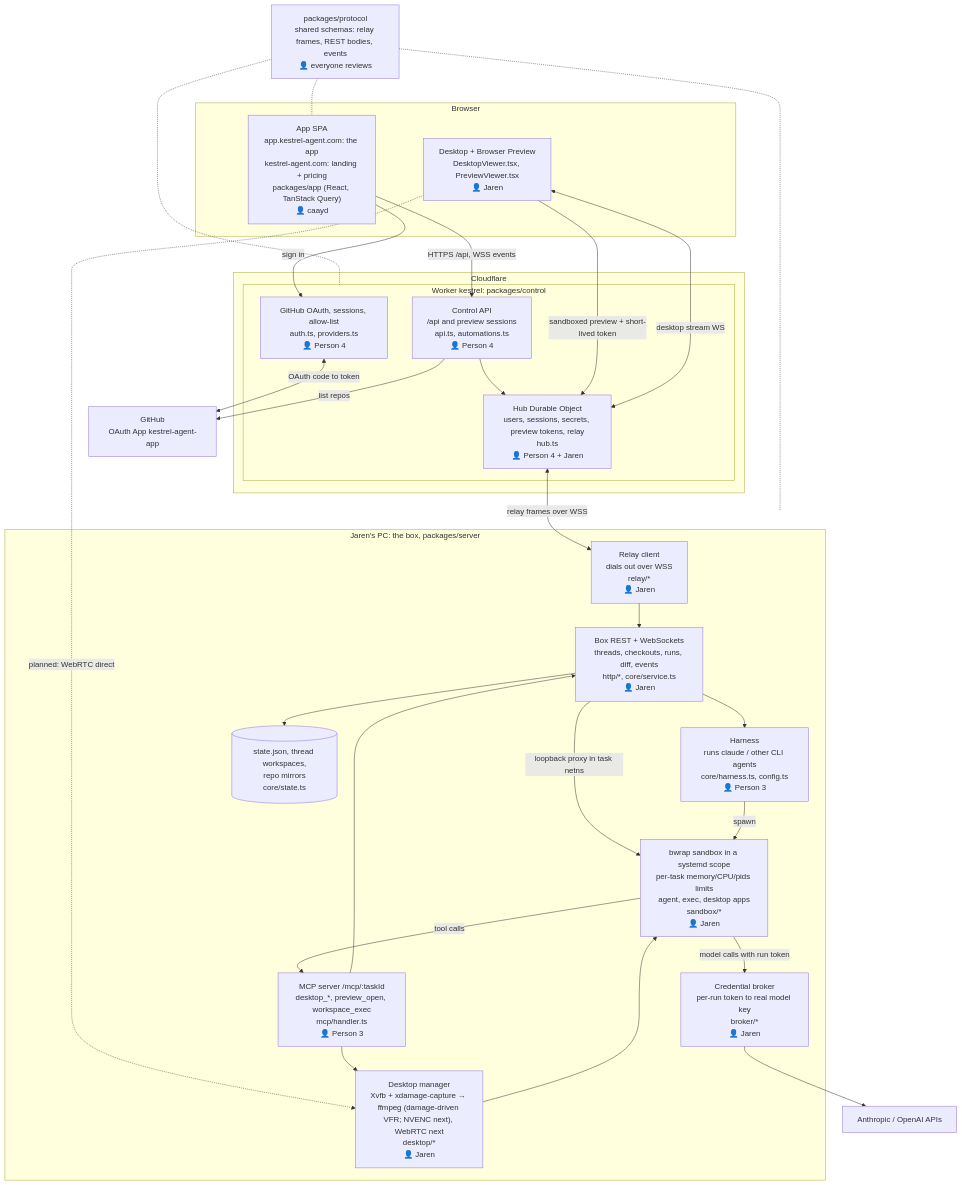
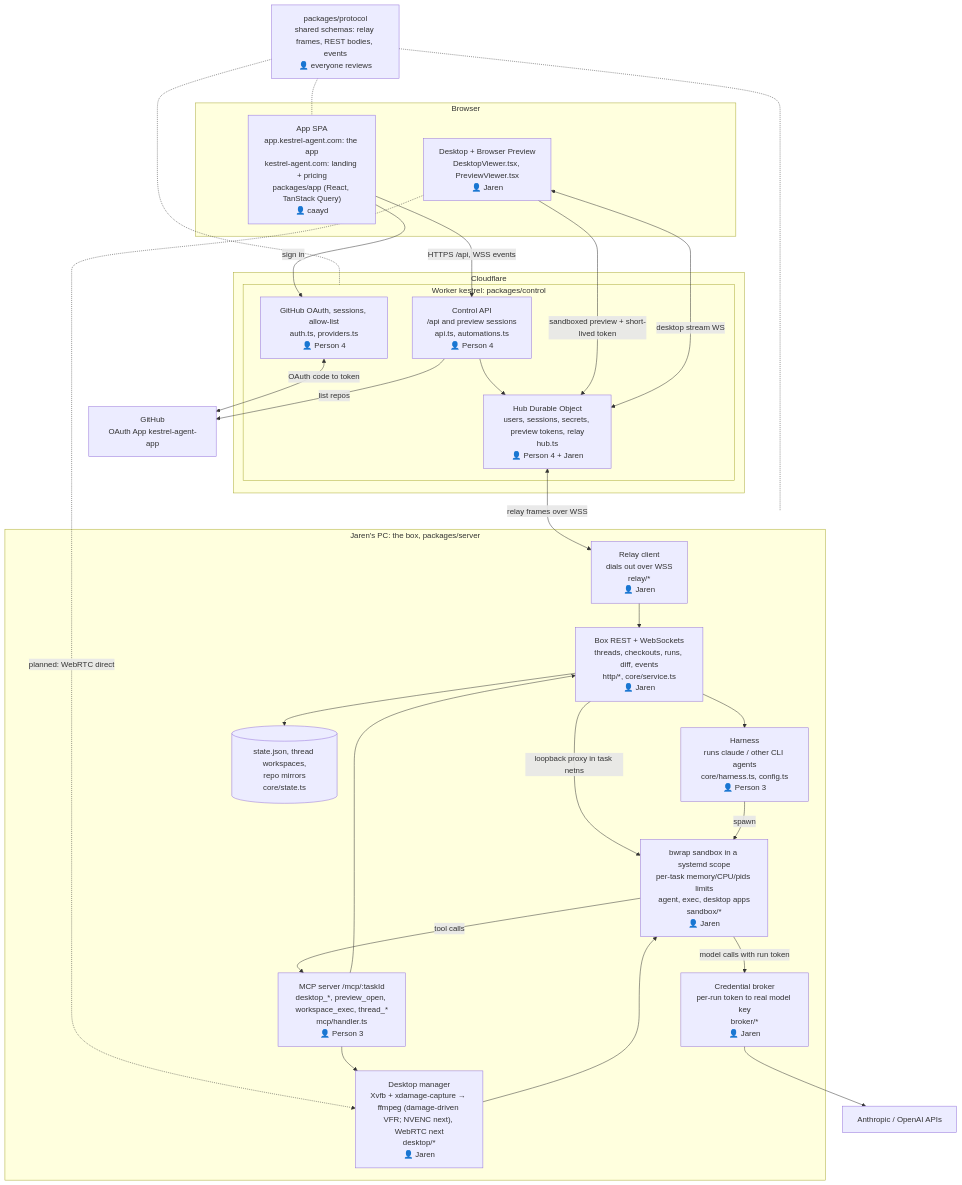
The diagram in docs/architecture.md (jarenm1/kestrel), drawn with Mermaid before and after one commit. The commit also changed other lines of this file and 12 other files, not shown here.

````diff
--- a/docs/architecture.md
+++ b/docs/architecture.md
@@ -3,56 +3,56 @@
 ```mermaid
 flowchart TB
   subgraph Browser["Browser"]
     APP["App SPA<br/>app.kestrel-agent.com: the app<br/>kestrel-agent.com: landing + pricing<br/>packages/app (React, TanStack Query)<br/>👤 caayd"]
     VIEW["Desktop + Browser Preview<br/>DesktopViewer.tsx, PreviewViewer.tsx<br/>👤 Jaren"]
   end
 
   subgraph CF["Cloudflare"]
     subgraph CTRL["Worker kestrel: packages/control"]
       AUTH["GitHub OAuth, sessions, allow-list<br/>auth.ts, providers.ts<br/>👤 Person 4"]
       API["Control API<br/>/api and preview sessions<br/>api.ts, automations.ts<br/>👤 Person 4"]
       HUB["Hub Durable Object<br/>users, sessions, secrets, preview tokens, relay<br/>hub.ts<br/>👤 Person 4 + Jaren"]
     end
   end
 
   GH["GitHub<br/>OAuth App kestrel-agent-app"]
 
   subgraph PC["Jaren's PC: the box, packages/server"]
     RELAY["Relay client<br/>dials out over WSS<br/>relay/*<br/>👤 Jaren"]
     REST["Box REST + WebSockets<br/>threads, checkouts, runs, diff, events<br/>http/*, core/service.ts<br/>👤 Jaren"]
     HARN["Harness<br/>runs claude / other CLI agents<br/>core/harness.ts, config.ts<br/>👤 Person 3"]
-    MCP["MCP server /mcp/:taskId<br/>desktop_*, preview_open, workspace_exec<br/>mcp/handler.ts<br/>👤 Person 3"]
+    MCP["MCP server /mcp/:taskId<br/>desktop_*, preview_open, workspace_exec, thread_*<br/>mcp/handler.ts<br/>👤 Person 3"]
     BROKER["Credential broker<br/>per-run token to real model key<br/>broker/*<br/>👤 Jaren"]
     SB["bwrap sandbox in a systemd scope<br/>per-task memory/CPU/pids limits<br/>agent, exec, desktop apps<br/>sandbox/*<br/>👤 Jaren"]
     DESK["Desktop manager<br/>Xvfb + xdamage-capture → ffmpeg (damage-driven VFR; NVENC next), WebRTC next<br/>desktop/*<br/>👤 Jaren"]
     STATE[("state.json, thread workspaces,<br/>repo mirrors<br/>core/state.ts")]
   end
 
   LLM["Anthropic / OpenAI APIs"]
 
   APP -->|HTTPS /api, WSS events| API
   APP -->|sign in| AUTH
   AUTH <-->|OAuth code to token| GH
   API -->|list repos| GH
   API --> HUB
   HUB <-->|relay frames over WSS| RELAY
   VIEW -->|sandboxed preview + short-lived token| HUB
   VIEW <-->|desktop stream WS| HUB
   VIEW -.->|planned: WebRTC direct| DESK
   RELAY --> REST
   REST -->|loopback proxy in task netns| SB
   REST --> HARN
   REST --> STATE
   HARN -->|spawn| SB
   SB -->|tool calls| MCP
   SB -->|model calls with run token| BROKER
   BROKER --> LLM
   MCP --> DESK
   MCP --> REST
   DESK --> SB
 
   PROTO["packages/protocol<br/>shared schemas: relay frames, REST bodies, events<br/>👤 everyone reviews"]
   PROTO -.- APP
   PROTO -.- CTRL
   PROTO -.- PC
 ```
````
